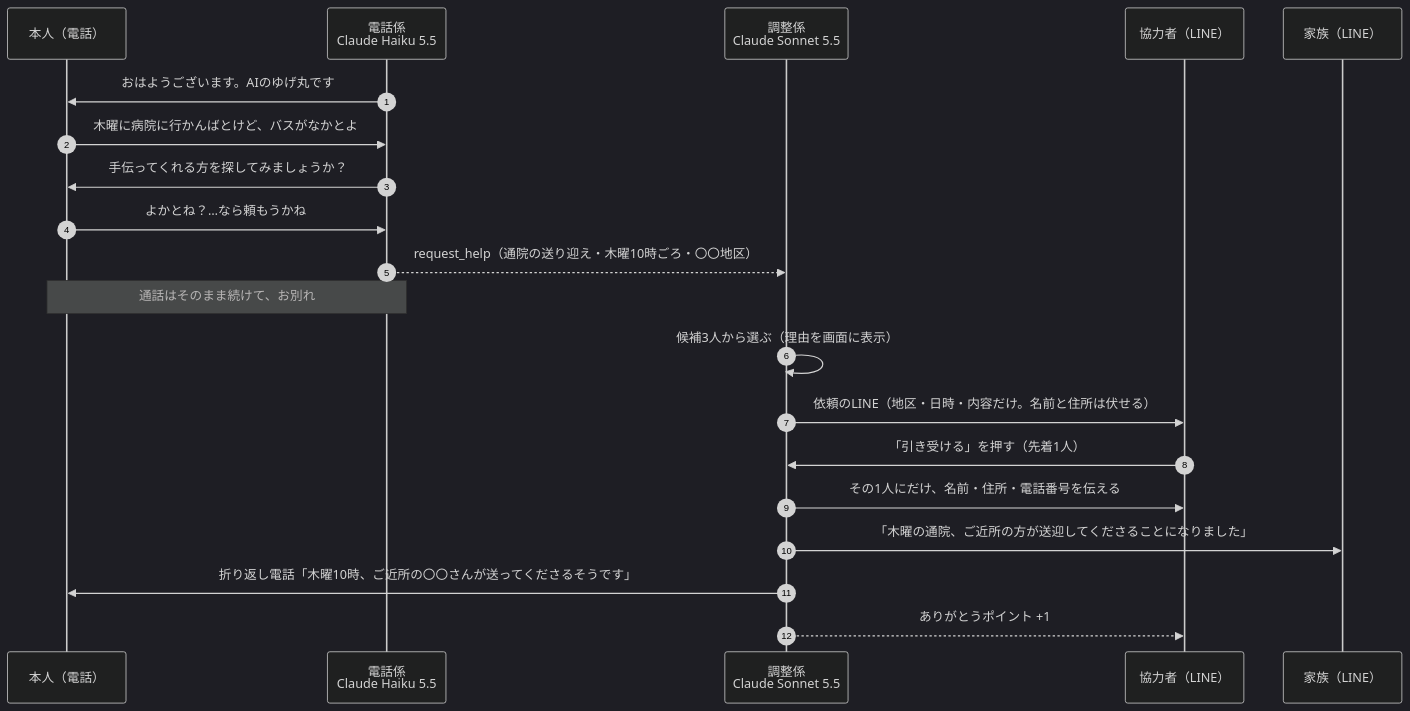
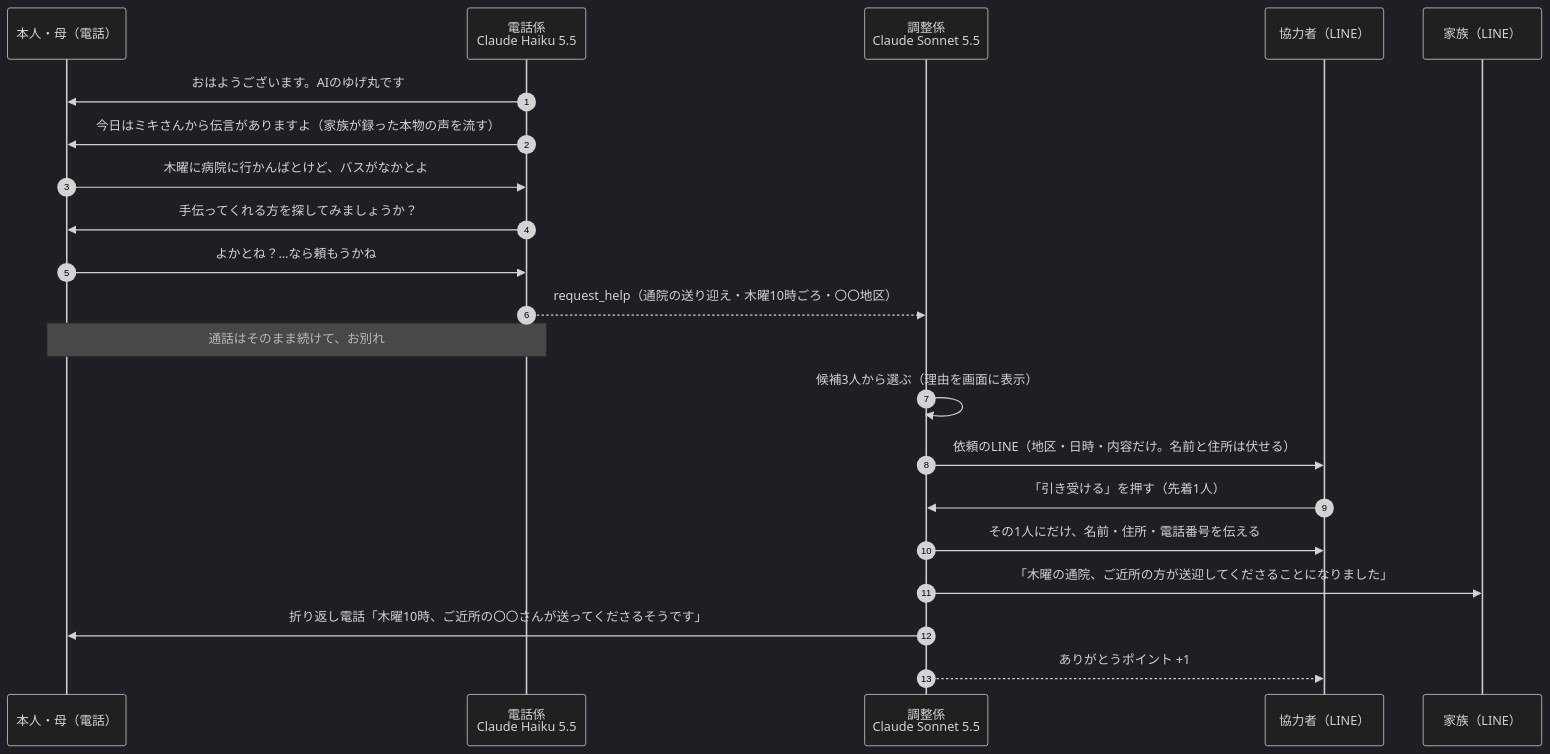
The diagram in docs/spec.md (shogomatsu/denwaban-ai), drawn with Mermaid (dark theme) before and after one commit. The commit also changed other lines of this file, not shown here.

````diff
--- a/docs/spec.md
+++ b/docs/spec.md
@@ -55,22 +87,23 @@
 ```mermaid
 sequenceDiagram
     autonumber
-    participant 父 as 本人（電話）
+    participant 母 as 本人・母（電話）
     participant 電話係 as 電話係<br/>Claude Haiku 5.5
     participant 調整係 as 調整係<br/>Claude Sonnet 5.5
     participant 協力者 as 協力者（LINE）
     participant 家族 as 家族（LINE）
-    電話係->>父: おはようございます。AIのゆげ丸です
-    父->>電話係: 木曜に病院に行かんばとけど、バスがなかとよ
-    電話係->>父: 手伝ってくれる方を探してみましょうか？
-    父->>電話係: よかとね？…なら頼もうかね
+    電話係->>母: おはようございます。AIのゆげ丸です
+    電話係->>母: 今日はミキさんから伝言がありますよ（家族が録った本物の声を流す）
+    母->>電話係: 木曜に病院に行かんばとけど、バスがなかとよ
+    電話係->>母: 手伝ってくれる方を探してみましょうか？
+    母->>電話係: よかとね？…なら頼もうかね
     電話係-->>調整係: request_help（通院の送り迎え・木曜10時ごろ・〇〇地区）
-    Note over 電話係,父: 通話はそのまま続けて、お別れ
+    Note over 電話係,母: 通話はそのまま続けて、お別れ
     調整係->>調整係: 候補3人から選ぶ（理由を画面に表示）
     調整係->>協力者: 依頼のLINE（地区・日時・内容だけ。名前と住所は伏せる）
     協力者->>調整係: 「引き受ける」を押す（先着1人）
     調整係->>協力者: その1人にだけ、名前・住所・電話番号を伝える
     調整係->>家族: 「木曜の通院、ご近所の方が送迎してくださることになりました」
-    調整係->>父: 折り返し電話「木曜10時、ご近所の〇〇さんが送ってくださるそうです」
+    調整係->>母: 折り返し電話「木曜10時、ご近所の〇〇さんが送ってくださるそうです」
     調整係-->>協力者: ありがとうポイント +1
 ```
````
